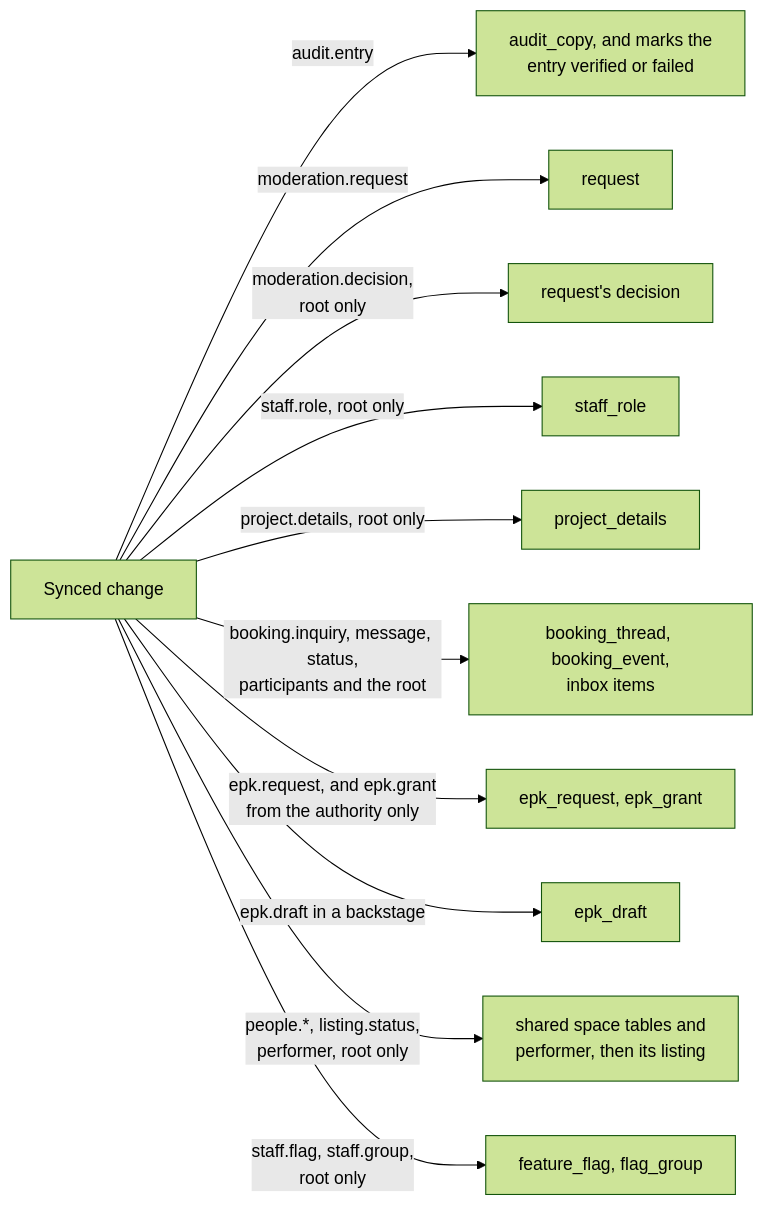
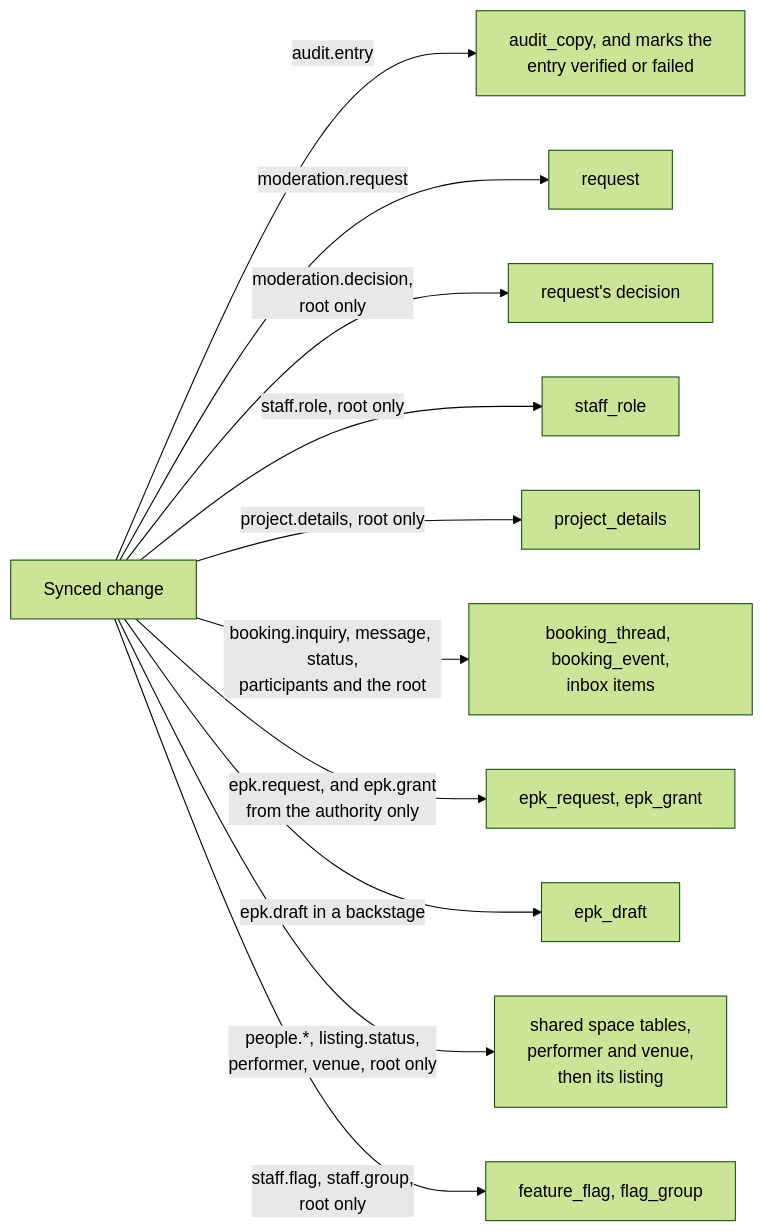
Before and after one commit to cutenode/localnetwork: the seventh of 8 diagrams in apps/web/docs/diagrams/spaces.md, drawn with Mermaid (forest theme). The commit also changed 38 other files, not shown here.

First line of the commit message:
feat(web): add venue records and the venue picker, addressed by space key

````diff
--- a/apps/web/docs/diagrams/spaces.md
+++ b/apps/web/docs/diagrams/spaces.md
@@ -161,14 +161,14 @@
 ```mermaid
 flowchart LR
   Sync["Synced change"]
   Sync -- "audit.entry" --> A1["audit_copy, and marks the<br/>entry verified or failed"]
   Sync -- "moderation.request" --> A2["request"]
   Sync -- "moderation.decision,<br/>root only" --> A3["request's decision"]
   Sync -- "staff.role, root only" --> A4["staff_role"]
   Sync -- "project.details, root only" --> A5["project_details"]
   Sync -- "booking.inquiry, message, status,<br/>participants and the root" --> A6["booking_thread, booking_event,<br/>inbox items"]
   Sync -- "epk.request, and epk.grant<br/>from the authority only" --> A7["epk_request, epk_grant"]
   Sync -- "epk.draft in a backstage" --> A8["epk_draft"]
-  Sync -- "people.*, listing.status,<br/>performer, root only" --> A9["shared space tables and<br/>performer, then its listing"]
+  Sync -- "people.*, listing.status,<br/>performer, venue, root only" --> A9["shared space tables,<br/>performer and venue,<br/>then its listing"]
   Sync -- "staff.flag, staff.group,<br/>root only" --> A10["feature_flag, flag_group"]
 ```
````
